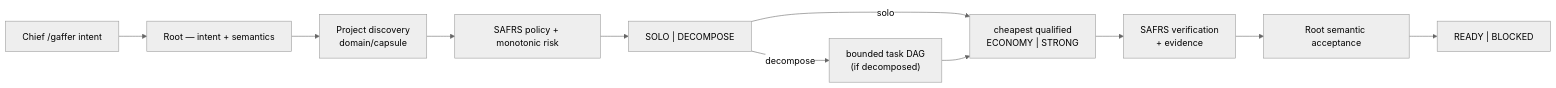
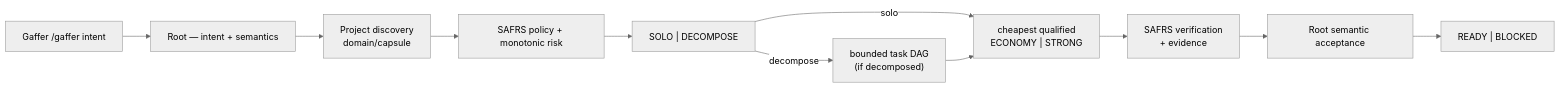
The diagram in sentrawiki/features/gaffer-orchestration.md (drferdi/Monorepo-safrs), drawn with Mermaid (neutral theme) before and after one commit. The commit also changed other lines of this file and 55 other files, not shown here.

````diff
--- a/sentrawiki/features/gaffer-orchestration.md
+++ b/sentrawiki/features/gaffer-orchestration.md
@@ -26,18 +26,18 @@
 ```mermaid
 flowchart LR
-    User["Chief /gaffer intent"]
+    User["Gaffer /gaffer intent"]
     Root["Root — intent + semantics"]
     Disc["Project discovery<br/>domain/capsule"]
     Pol["SAFRS policy + monotonic risk"]
     Route["SOLO | DECOMPOSE"]
     DAG["bounded task DAG<br/>(if decomposed)"]
     Worker["cheapest qualified<br/>ECONOMY | STRONG"]
     Verify["SAFRS verification<br/>+ evidence"]
     Accept["Root semantic acceptance"]
     Done["READY | BLOCKED"]
 
     User --> Root --> Disc --> Pol --> Route
     Route -->|solo| Worker
     Route -->|decompose| DAG --> Worker
     Worker --> Verify --> Accept --> Done
 ```
````
